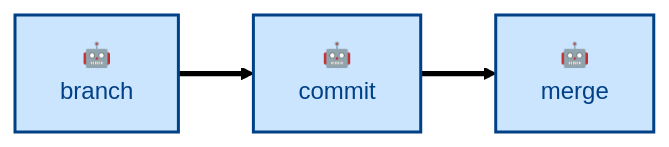
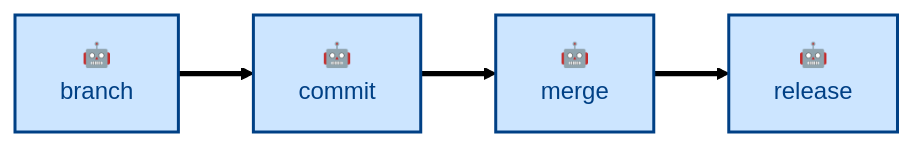
The diagram in skills/branch/README.md (kieranpotts/skills), drawn with Mermaid (forest theme) before and after one commit. The commit also changed other lines of this file and 7 other files, not shown here.

Commit message:
behavior: finalize branch, commit, merge, and release skills

````diff
--- a/skills/branch/README.md
+++ b/skills/branch/README.md
@@ -31,16 +48,18 @@
 ```mermaid
 flowchart LR
   %% Node labels and classes.
   branch["🤖<br/>branch"]:::agentic
   commit["🤖<br/>commit"]:::agentic
   merge["🤖<br/>merge"]:::agentic
+  release["🤖<br/>release"]:::agentic
 
   %% Main workflow sequence.
   branch ==> commit
   commit ==> merge
+  merge ==> release
 
   %% Class definitions.
   classDef agentic fill:#cce5ff,stroke:#004085,color:#004085,stroke-width:2px
   classDef scripted fill:#e2e3e5,stroke:#4b5157,color:#383d41,stroke-width:2px
   classDef anthropic fill:#fff3cd,stroke:#856404,color:#856404,stroke-width:1px,stroke-dasharray:2 3
 ```
````
